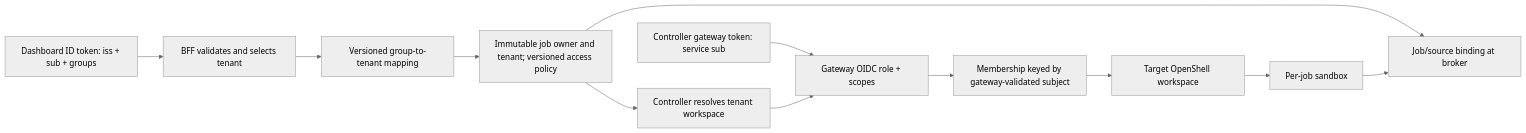
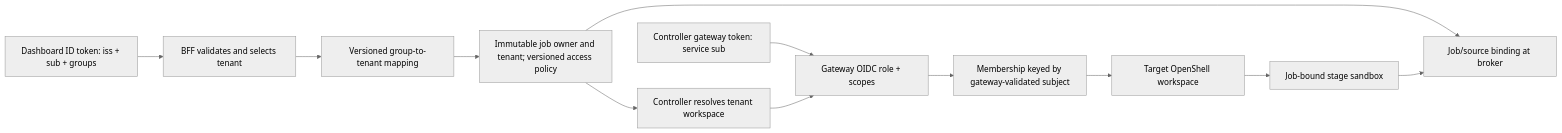
Before and after one commit to gvaibhav/openshell-deep-research-platform: the sixth of 9 diagrams in docs/okta/requirements-and-design.md, drawn with Mermaid (neutral theme). The commit also changed other lines of this file and 48 other files, not shown here.

````diff
--- a/docs/okta/requirements-and-design.md
+++ b/docs/okta/requirements-and-design.md
@@ -248,14 +300,14 @@
 ```mermaid
 flowchart LR
     Login["Dashboard ID token: iss + sub + groups"] --> BFF["BFF validates and selects tenant"]
     BFF --> Mapping["Versioned group-to-tenant mapping"]
     Mapping --> Job["Immutable job owner and tenant; versioned access policy"]
     Job --> Controller["Controller resolves tenant workspace"]
     Service["Controller gateway token: service sub"] --> Gateway["Gateway OIDC role + scopes"]
     Controller --> Gateway
     Gateway --> Membership["Membership keyed by gateway-validated subject"]
     Membership --> Workspace["Target OpenShell workspace"]
     Job --> Broker["Job/source binding at broker"]
-    Workspace --> Sandbox["Per-job sandbox"]
+    Workspace --> Sandbox["Job-bound stage sandbox"]
     Sandbox --> Broker
 ```
````
